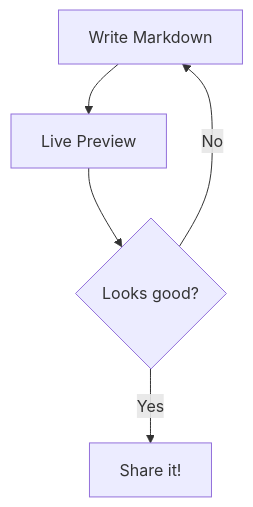
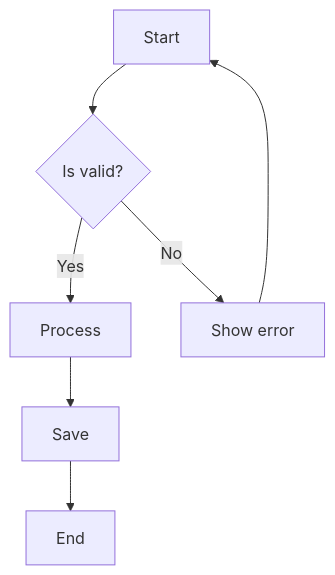
Before and after one commit to jorgefl8/CodeInk: the first of 5 diagrams in src/lib/default-markdown.md, drawn with Mermaid. The commit also changed other lines of this file, not shown here.

First line of the commit message:
docs: streamline default markdown guide

````diff
--- a/src/lib/default-markdown.md
+++ b/src/lib/default-markdown.md
@@ -161,7 +155,9 @@
 ```mermaid
 graph TD
-    A[Write Markdown] --> B[Live Preview]
-    B --> C{Looks good?}
-    C -->|Yes| D[Share it!]
-    C -->|No| A
+    A[Start] --> B{Is valid?}
+    B -->|Yes| C[Process]
+    B -->|No| D[Show error]
+    C --> E[Save]
+    D --> A
+    E --> F[End]
 ```
````
